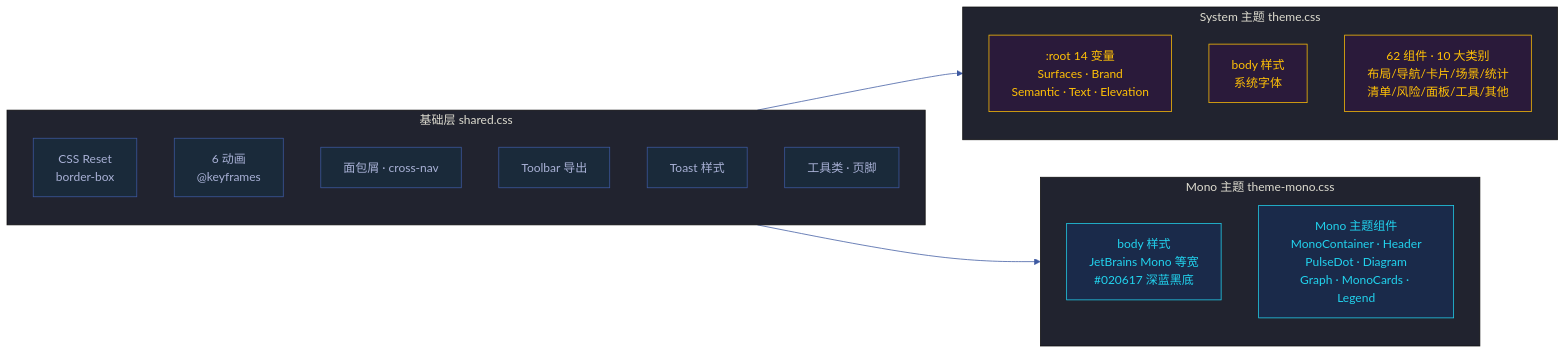
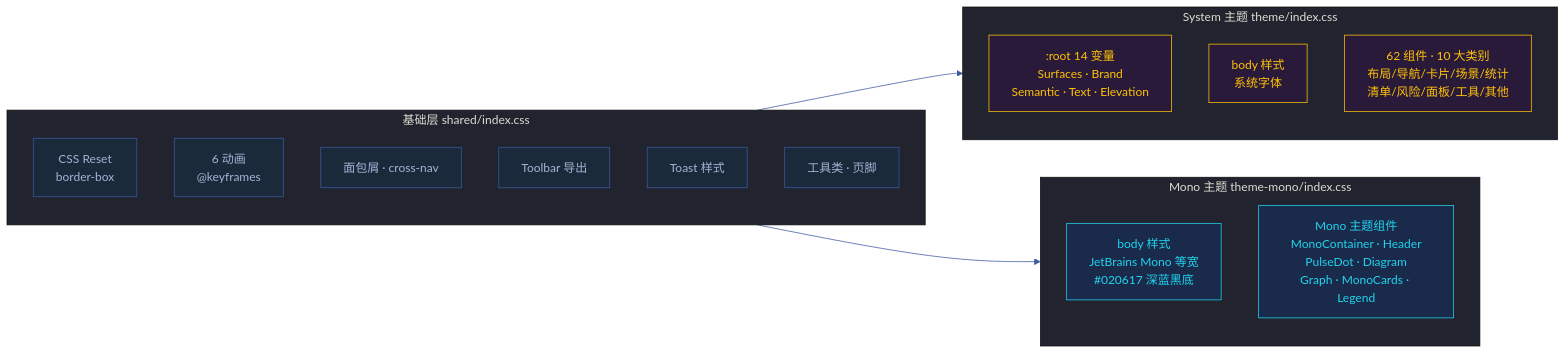
One commit to effiy/YrY changed the second of 2 diagrams in cdn/故事任务面板/cdn/场景-2-双主题系统设计/index.md. Above: the diagram before and after it, drawn with Mermaid. The commit also changed other lines of this file and 553 other files, not shown here.

````diff
--- a/cdn/故事任务面板/cdn/场景-2-双主题系统设计/index.md
+++ b/cdn/故事任务面板/cdn/场景-2-双主题系统设计/index.md
@@ -76,37 +76,37 @@
 ```mermaid
 %%{init: {'theme': 'base', 'themeVariables': {
   'primaryColor': '#1e1f2b',
   'primaryTextColor': '#a9b1d6',
   'primaryBorderColor': '#3d59a1',
   'lineColor': '#3d59a1',
   'secondaryColor': '#2b2d3b',
   'tertiaryColor': '#21232f'
 }}}%%
 flowchart LR
-    subgraph BASE["基础层 shared.css"]
+    subgraph BASE["基础层 shared/index.css"]
         RESET["CSS Reset<br/>border-box"]:::base
         ANIM["6 动画<br/>@keyframes"]:::base
         NAV["面包屑 · cross-nav"]:::base
         TOOLBAR["Toolbar 导出"]:::base
         TOAST["Toast 样式"]:::base
         UTIL["工具类 · 页脚"]:::base
     end
 
-    subgraph SYS["System 主题 theme.css"]
+    subgraph SYS["System 主题 theme/index.css"]
         TOKENS[":root 14 变量<br/>Surfaces · Brand<br/>Semantic · Text · Elevation"]:::sys
         BODY_S["body 样式<br/>系统字体"]:::sys
         COMP_S["62 组件 · 10 大类别<br/>布局/导航/卡片/场景/统计<br/>清单/风险/面板/工具/其他"]:::sys
     end
 
-    subgraph MONO_T["Mono 主题 theme-mono.css"]
+    subgraph MONO_T["Mono 主题 theme-mono/index.css"]
         BODY_M["body 样式<br/>JetBrains Mono 等宽<br/>#020617 深蓝黑底"]:::mono
         COMP_M["Mono 主题组件<br/>MonoContainer · Header<br/>PulseDot · Diagram<br/>Graph · MonoCards · Legend"]:::mono
     end
 
     BASE --> SYS
     BASE --> MONO_T
 
     classDef base fill:#1a2a3a,stroke:#3d59a1,color:#a9b1d6
     classDef sys fill:#2a1a3a,stroke:#FFC107,color:#FFC107
     classDef mono fill:#1a2a4a,stroke:#22d3ee,color:#22d3ee
 ```
````
